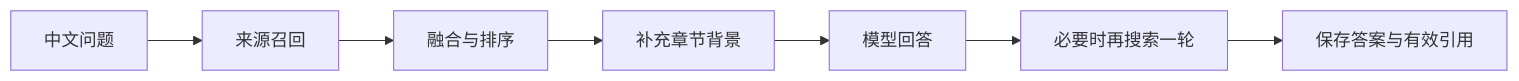
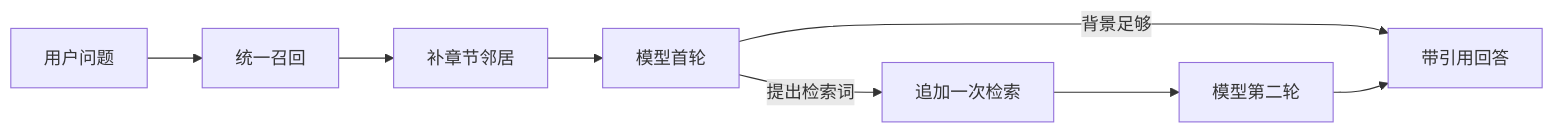
One commit to lejunyang/omem changed the diagram in .repo-review/knowledge/articles/c7ef9ab86227b21952d1f3567bf0ff43a7d5e858dd8fb114a0775b4a78d08de5.md. Above: the diagram before and after it, drawn with Mermaid. The commit also changed other lines of this file and 97 other files, not shown here.

````diff
--- a/.repo-review/knowledge/articles/c7ef9ab86227b21952d1f3567bf0ff43a7d5e858dd8fb114a0775b4a78d08de5.md
+++ b/.repo-review/knowledge/articles/c7ef9ab86227b21952d1f3567bf0ff43a7d5e858dd8fb114a0775b4a78d08de5.md
@@ -12,9 +56,10 @@
 ```mermaid
 flowchart LR
-  Q[中文问题] --> R[来源召回]
-  R --> F[融合与排序]
-  F --> C[补充章节背景]
-  C --> A[模型回答]
-  A --> S[必要时再搜索一轮]
-  S --> E[保存答案与有效引用]
+  Q[用户问题] --> R[统一召回]
+  R --> N[补章节邻居]
+  N --> A1[模型首轮]
+  A1 -->|背景足够| F[带引用回答]
+  A1 -->|提出检索词| R2[追加一次检索]
+  R2 --> A2[模型第二轮]
+  A2 --> F
 ```
````
